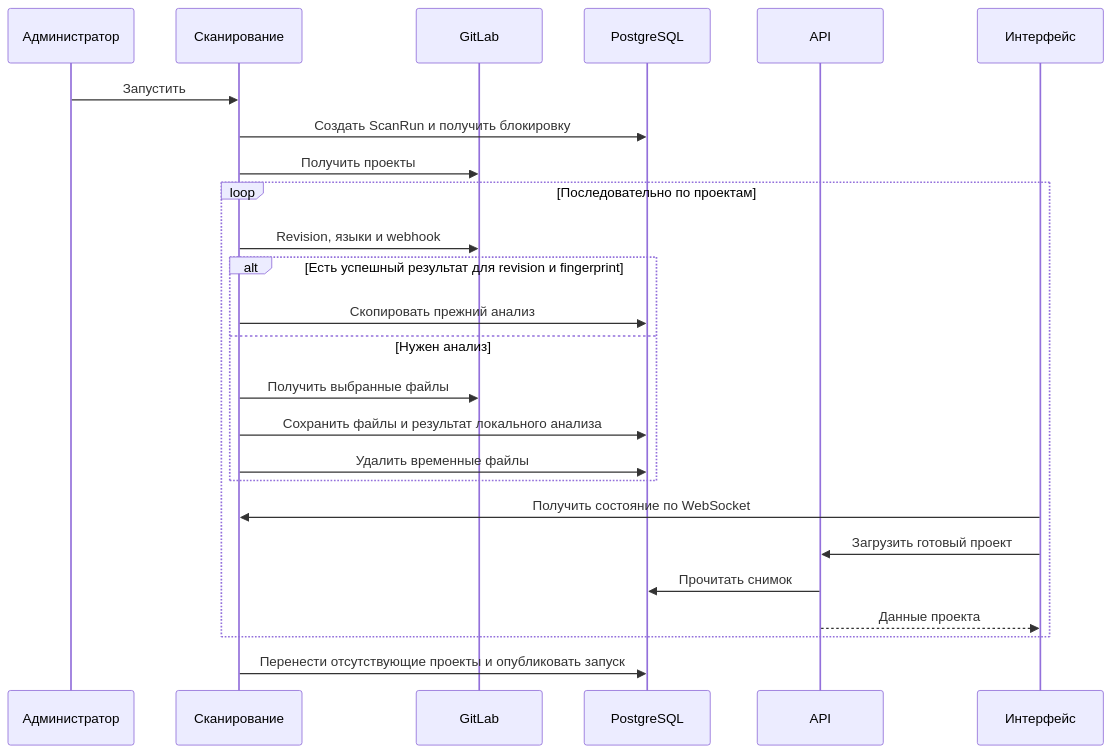
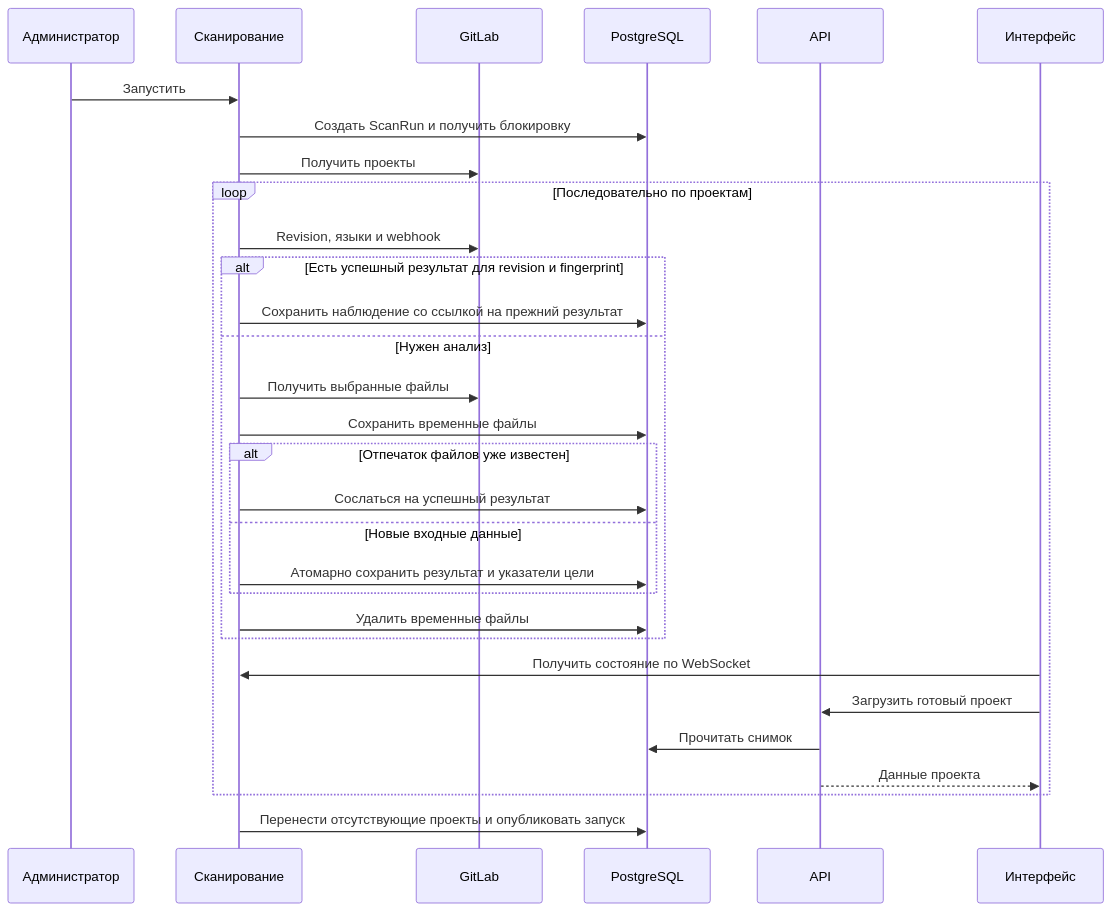
The diagram in docs/scanning.md (valentin-korneev/gitlab-radar), drawn with Mermaid before and after one commit. The commit also changed other lines of this file and 14 other files, not shown here.

````diff
--- a/docs/scanning.md
+++ b/docs/scanning.md
@@ -13,27 +13,32 @@
 ```mermaid
 sequenceDiagram
     participant A as Администратор
     participant S as Сканирование
     participant G as GitLab
     participant D as PostgreSQL
     participant W as API
     participant U as Интерфейс
     A->>S: Запустить
     S->>D: Создать ScanRun и получить блокировку
     S->>G: Получить проекты
     loop Последовательно по проектам
         S->>G: Revision, языки и webhook
         alt Есть успешный результат для revision и fingerprint
-            S->>D: Скопировать прежний анализ
+            S->>D: Сохранить наблюдение со ссылкой на прежний результат
         else Нужен анализ
             S->>G: Получить выбранные файлы
-            S->>D: Сохранить файлы и результат локального анализа
+            S->>D: Сохранить временные файлы
+            alt Отпечаток файлов уже известен
+                S->>D: Сослаться на успешный результат
+            else Новые входные данные
+                S->>D: Атомарно сохранить результат и указатели цели
+            end
             S->>D: Удалить временные файлы
         end
         U->>S: Получить состояние по WebSocket
         U->>W: Загрузить готовый проект
         W->>D: Прочитать снимок
         W-->>U: Данные проекта
     end
     S->>D: Перенести отсутствующие проекты и опубликовать запуск
 ```
````
